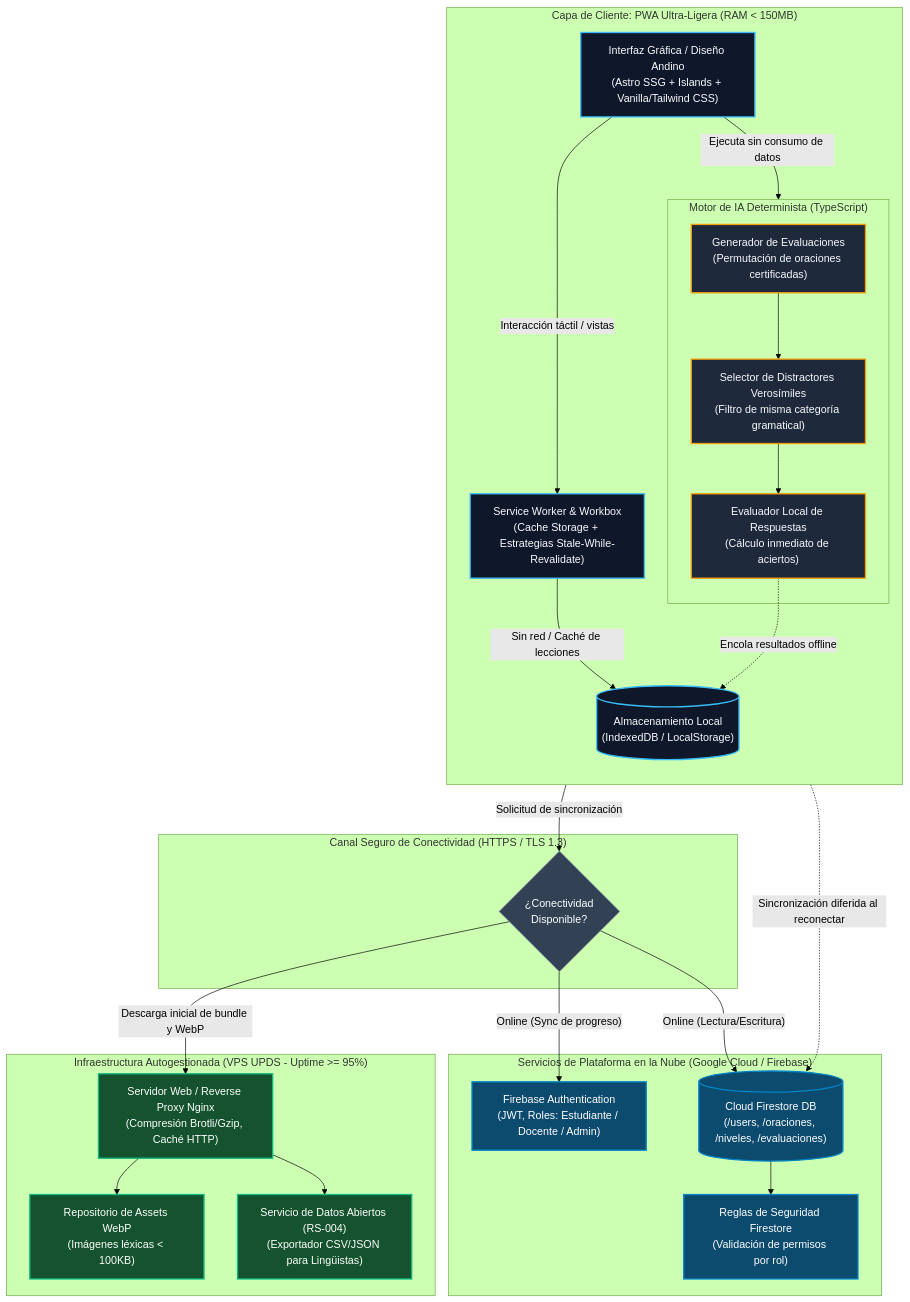
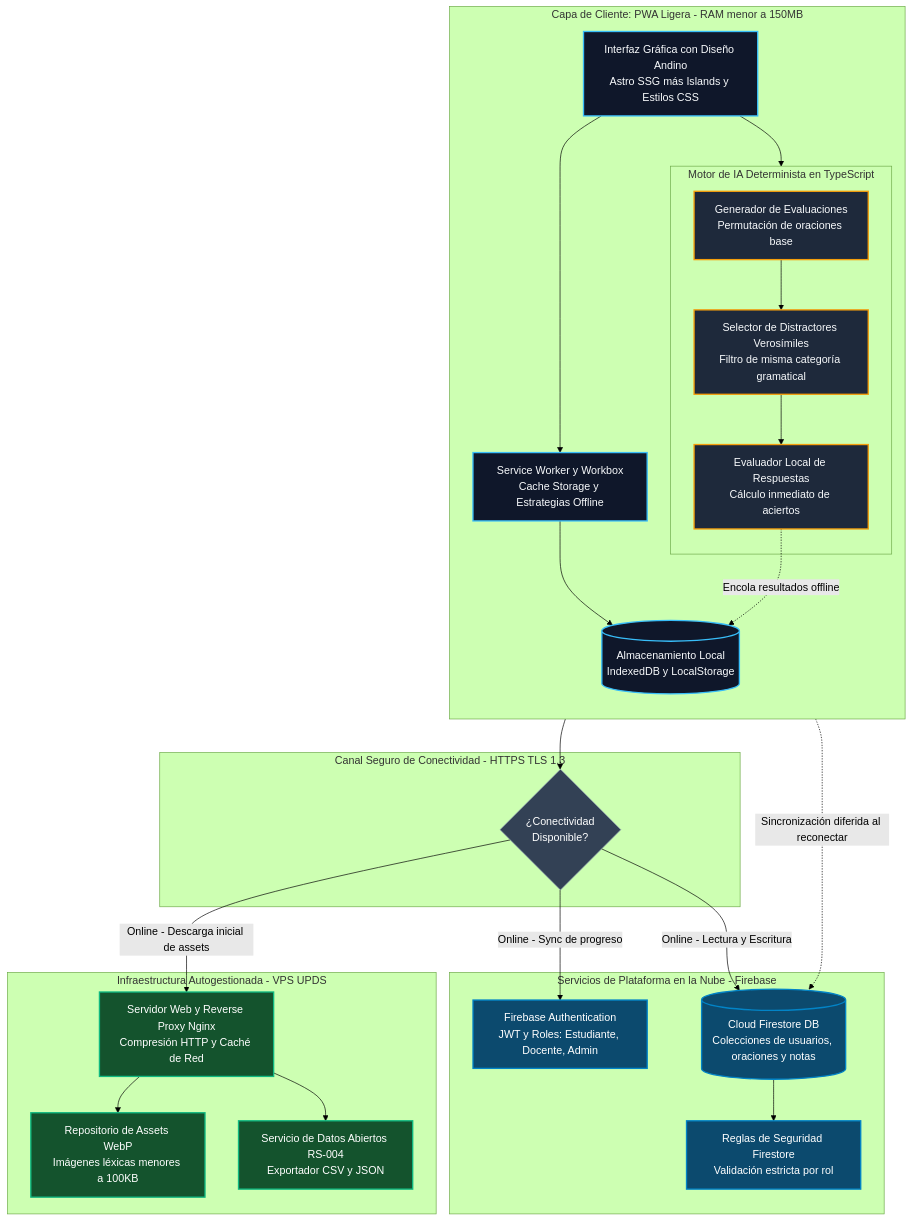
The first of 8 diagrams in Docs/mapa_de_diagramas.md (upds-software-engineering/Yapu), drawn with Mermaid (forest theme) before and after one commit. The commit also changed other lines of this file, not shown here.

Commit message:
docs: add architectural and behavioral UML diagram map for YAPU project

````diff
--- a/Docs/mapa_de_diagramas.md
+++ b/Docs/mapa_de_diagramas.md
@@ -42,63 +42,62 @@
 ```mermaid
 graph TB
-    subgraph CLIENT_TIER["Capa de Cliente: PWA Ultra-Ligera (RAM < 150MB)"]
+    subgraph CLIENT_TIER["Capa de Cliente: PWA Ligera - RAM menor a 150MB"]
         direction TB
-        UI["Interfaz Gráfica / Diseño Andino<br/>(Astro SSG + Islands + Vanilla/Tailwind CSS)"]
-        SW["Service Worker & Workbox<br/>(Cache Storage + Estrategias Stale-While-Revalidate)"]
-        IDB[("Almacenamiento Local<br/>(IndexedDB / LocalStorage)")]
+        UI["Interfaz Gráfica con Diseño Andino<br/>Astro SSG más Islands y Estilos CSS"]
+        SW["Service Worker y Workbox<br/>Cache Storage y Estrategias Offline"]
+        IDB[("Almacenamiento Local<br/>IndexedDB y LocalStorage")]
         
-        subgraph CORE_AI["Motor de IA Determinista (TypeScript)"]
-            GEN["Generador de Evaluaciones<br/>(Permutación de oraciones certificadas)"]
-            DIST["Selector de Distractores Verosímiles<br/>(Filtro de misma categoría gramatical)"]
-            EVAL["Evaluador Local de Respuestas<br/>(Cálculo inmediato de aciertos)"]
+        subgraph CORE_AI["Motor de IA Determinista en TypeScript"]
+            GEN["Generador de Evaluaciones<br/>Permutación de oraciones base"]
+            DIST["Selector de Distractores Verosímiles<br/>Filtro de misma categoría gramatical"]
+            EVAL["Evaluador Local de Respuestas<br/>Cálculo inmediato de aciertos"]
         end
     end
 
-    subgraph NET_TIER["Canal Seguro de Conectividad (HTTPS / TLS 1.3)"]
+    subgraph NET_TIER["Canal Seguro de Conectividad - HTTPS TLS 1.3"]
         NET_STAT{"¿Conectividad<br/>Disponible?"}
     end
 
-    subgraph CLOUD_TIER["Servicios de Plataforma en la Nube (Google Cloud / Firebase)"]
-        FAUTH["Firebase Authentication<br/>(JWT, Roles: Estudiante / Docente / Admin)"]
-        FSTORE[("Cloud Firestore DB<br/>(/users, /oraciones, /niveles, /evaluaciones)")]
-        FSTORE_RULES["Reglas de Seguridad Firestore<br/>(Validación de permisos por rol)"]
+    subgraph CLOUD_TIER["Servicios de Plataforma en la Nube - Firebase"]
+        FAUTH["Firebase Authentication<br/>JWT y Roles: Estudiante, Docente, Admin"]
+        FSTORE[("Cloud Firestore DB<br/>Colecciones de usuarios, oraciones y notas")]
+        FSTORE_RULES["Reglas de Seguridad Firestore<br/>Validación estricta por rol"]
     end
 
-    subgraph VPS_TIER["Infraestructura Autogestionada (VPS UPDS - Uptime >= 95%)"]
-        NGINX["Servidor Web / Reverse Proxy Nginx<br/>(Compresión Brotli/Gzip, Caché HTTP)"]
-        STATIC_ASSETS["Repositorio de Assets WebP<br/>(Imágenes léxicas < 100KB)"]
-        DATA_EXPORT["Servicio de Datos Abiertos (RS-004)<br/>(Exportador CSV/JSON para Lingüistas)"]
+    subgraph VPS_TIER["Infraestructura Autogestionada - VPS UPDS"]
+        NGINX["Servidor Web y Reverse Proxy Nginx<br/>Compresión HTTP y Caché de Red"]
+        STATIC_ASSETS["Repositorio de Assets WebP<br/>Imágenes léxicas menores a 100KB"]
+        DATA_EXPORT["Servicio de Datos Abiertos RS-004<br/>Exportador CSV y JSON"]
     end
 
-    %% Interconexiones
-    UI -->|"Interacción táctil / vistas"| SW
-    SW -->|"Sin red / Caché de lecciones"| IDB
-    UI -->|"Ejecuta sin consumo de datos"| CORE_AI
+    UI --> SW
+    SW --> IDB
+    UI --> CORE_AI
     GEN --> DIST
     DIST --> EVAL
     
-    SW -->|"Solicitud de sincronización"| NET_STAT
+    SW --> NET_STAT
     
-    NET_STAT -->|"Online (Sync de progreso)"| FAUTH
-    NET_STAT -->|"Online (Lectura/Escritura)"| FSTORE
+    NET_STAT -->|Online - Sync de progreso| FAUTH
+    NET_STAT -->|Online - Lectura y Escritura| FSTORE
     FSTORE --> FSTORE_RULES
     
-    NET_STAT -->|"Descarga inicial de bundle y WebP"| NGINX
+    NET_STAT -->|Online - Descarga inicial de assets| NGINX
     NGINX --> STATIC_ASSETS
     NGINX --> DATA_EXPORT
     
-    EVAL -.->|"Encola resultados offline"| IDB
-    IDB -.->|"Sincronización diferida al reconectar"| FSTORE
+    EVAL -.->|Encola resultados offline| IDB
+    IDB -.->|Sincronización diferida al reconectar| FSTORE
 
     classDef clientStyle fill:#0f172a,stroke:#38bdf8,stroke-width:2px,color:#f8fafc;
     classDef aiStyle fill:#1e293b,stroke:#f59e0b,stroke-width:2px,color:#f8fafc;
     classDef cloudStyle fill:#0c4a6e,stroke:#0284c7,stroke-width:2px,color:#ffffff;
     classDef vpsStyle fill:#14532d,stroke:#10b981,stroke-width:2px,color:#ffffff;
     classDef netStyle fill:#334155,stroke:#94a3b8,stroke-width:1px,color:#ffffff;
 
     class UI,SW,IDB clientStyle;
     class GEN,DIST,EVAL aiStyle;
     class FAUTH,FSTORE,FSTORE_RULES cloudStyle;
     class NGINX,STATIC_ASSETS,DATA_EXPORT vpsStyle;
     class NET_STAT netStyle;
 ```
````
